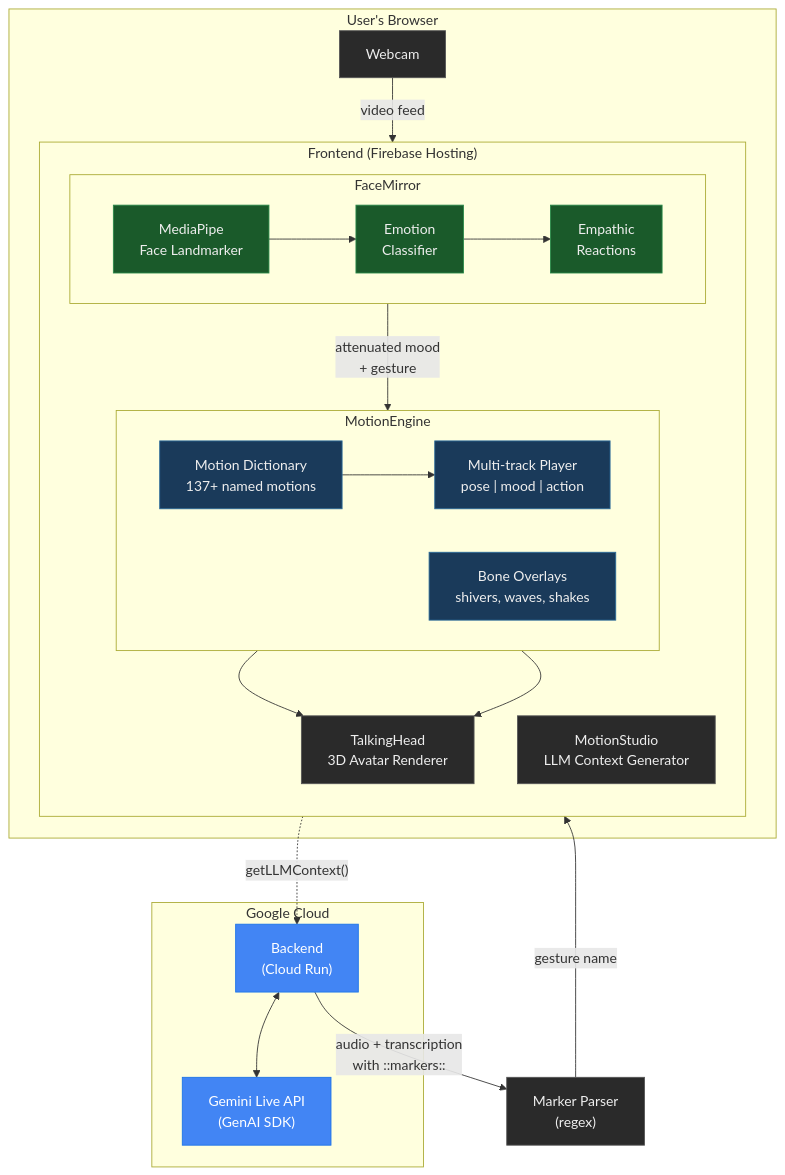
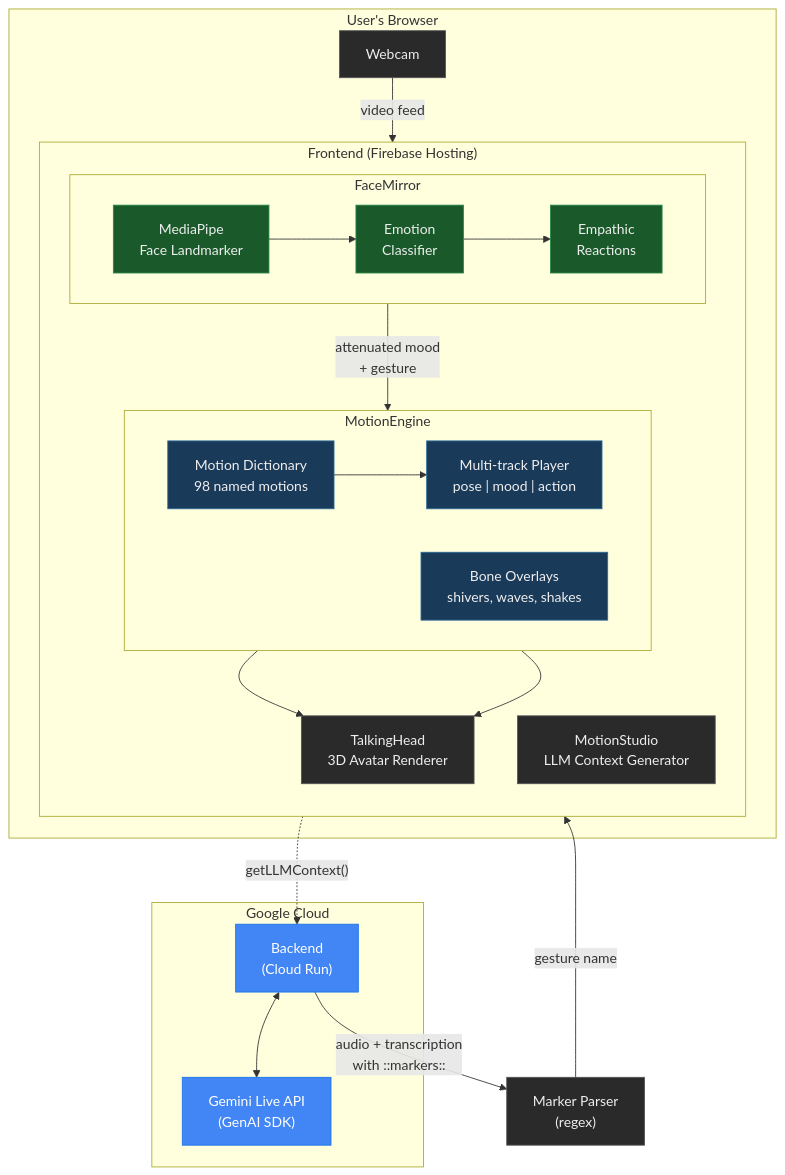
Before and after one commit to lhupyn/motion-engine: the diagram in docs/architecture.mmd, drawn with Mermaid. The commit also changed 3 other files, not shown here.

```diff
--- a/docs/architecture.mmd
+++ b/docs/architecture.mmd
@@ -1,58 +1,58 @@
 graph TB
     subgraph Cloud["Google Cloud"]
         BE["Backend<br/>(Cloud Run)"]
         GEMINI["Gemini Live API<br/>(GenAI SDK)"]
         BE <--> GEMINI
     end
 
     subgraph Browser["User's Browser"]
         subgraph Frontend["Frontend (Firebase Hosting)"]
             direction TB
             TH["TalkingHead<br/>3D Avatar Renderer"]
 
             subgraph ME["MotionEngine"]
                 direction LR
                 TRACKS["Multi-track Player<br/>pose | mood | action"]
-                MOTIONS["Motion Dictionary<br/>137+ named motions"]
+                MOTIONS["Motion Dictionary<br/>98 named motions"]
                 OVERLAYS["Bone Overlays<br/>shivers, waves, shakes"]
             end
 
             subgraph FM["FaceMirror"]
                 direction LR
                 MP["MediaPipe<br/>Face Landmarker"]
                 CLASSIFY["Emotion<br/>Classifier"]
                 REACT["Empathic<br/>Reactions"]
                 MP --> CLASSIFY --> REACT
             end
 
             STUDIO["MotionStudio<br/>LLM Context Generator"]
         end
 
         WEBCAM["Webcam"]
     end
 
     %% Speaking flow
     BE -->|"audio + transcription<br/>with ::markers::"| PARSE
     PARSE["Marker Parser<br/>(regex)"] -->|"gesture name"| TRACKS
     TRACKS --> TH
     MOTIONS --> TRACKS
     OVERLAYS --> TH
 
     %% Listening flow
     WEBCAM -->|"video feed"| MP
     REACT -->|"attenuated mood<br/>+ gesture"| TRACKS
 
     %% LLM context
     STUDIO -.->|"getLLMContext()"| BE
 
     %% Styling
     classDef cloud fill:#4285F4,stroke:#1a73e8,color:#fff
     classDef browser fill:#1a1a2e,stroke:#333,color:#eee
     classDef engine fill:#1a3a5a,stroke:#2a6a9a,color:#eee
     classDef mirror fill:#1a5a2a,stroke:#2a8a4a,color:#eee
     classDef component fill:#2a2a2a,stroke:#555,color:#eee
 
     class BE,GEMINI cloud
     class TH,PARSE,STUDIO,WEBCAM component
     class TRACKS,MOTIONS,OVERLAYS engine
     class MP,CLASSIFY,REACT mirror
```
